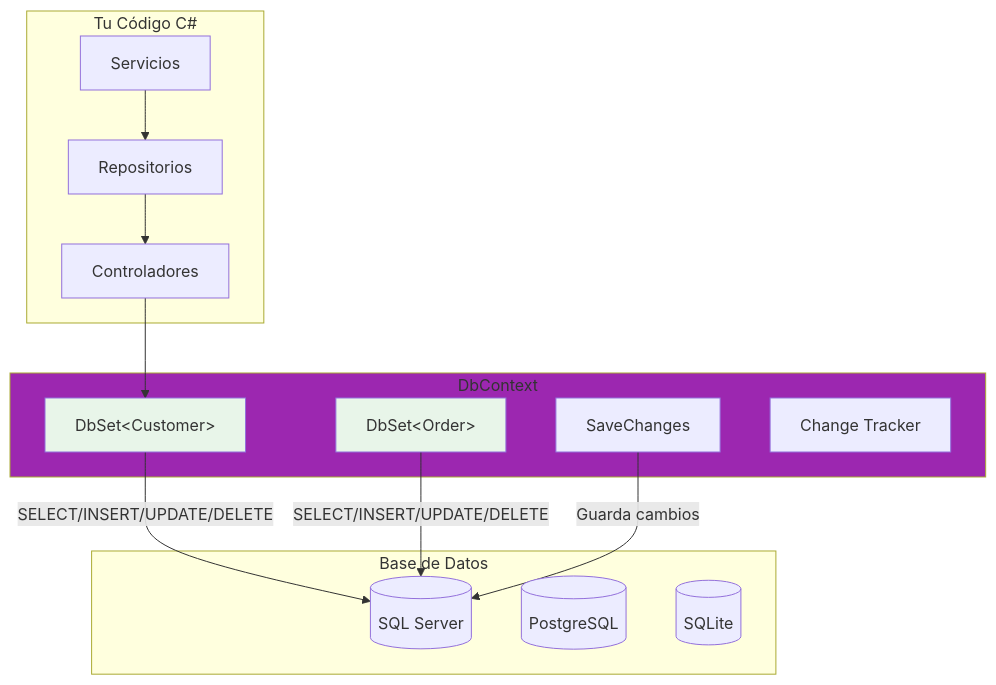
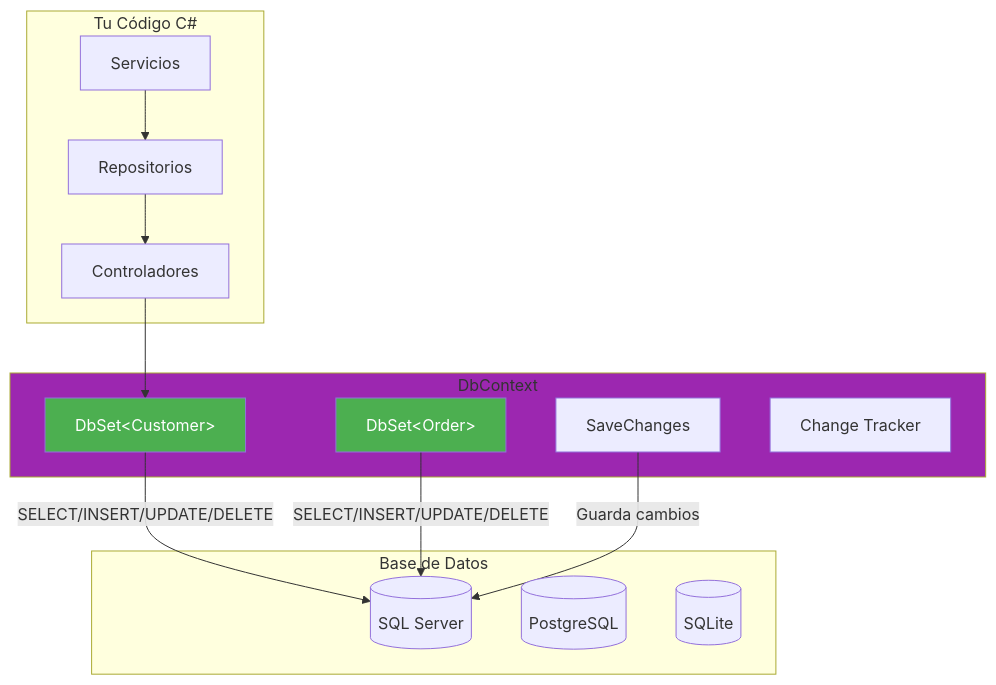
Before and after one commit to joseluisgs/DesarrolloWebEntornosServidor-01-2026-2027: the fourth of 4 diagrams in csharp_inicial/08-BBDD.md, drawn with Mermaid. The commit also changed other lines of this file and 77 other files, not shown here.

````diff
--- a/csharp_inicial/08-BBDD.md
+++ b/csharp_inicial/08-BBDD.md
@@ -400,30 +411,30 @@
 ```mermaid
 flowchart TD
     subgraph Tu["Tu Código C#"]
         A1[Servicios]
         A2[Repositorios]
         A3[Controladores]
     end
     
     subgraph EF["DbContext"]
         B1[DbSet&lt;Customer&gt;]
         B2[DbSet&lt;Order&gt;]
         B3[SaveChanges]
         B4[Change Tracker]
     end
     
     subgraph BD["Base de Datos"]
         C1[(SQL Server)]
         C2[(PostgreSQL)]
         C3[(SQLite)]
     end
     
     A1 --> A2 --> A3 --> B1
     B1 -->|SELECT/INSERT/UPDATE/DELETE| C1
     B2 -->|SELECT/INSERT/UPDATE/DELETE| C1
     B3 -->|Guarda cambios| C1
     
     style EF fill:#9C27B0
-    style B1 fill:#E8F5E9
-    style B2 fill:#E8F5E9
+    style B1 fill:#4CAF50,color:#fff
+    style B2 fill:#4CAF50,color:#fff
 ```
````
